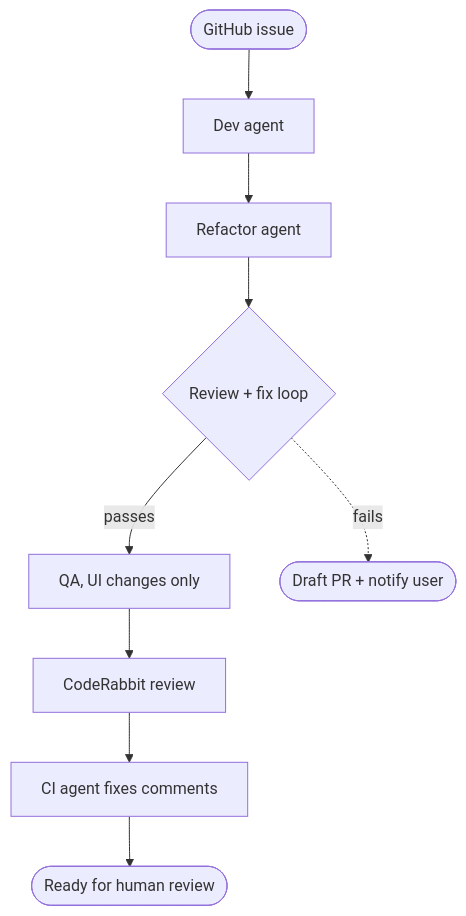
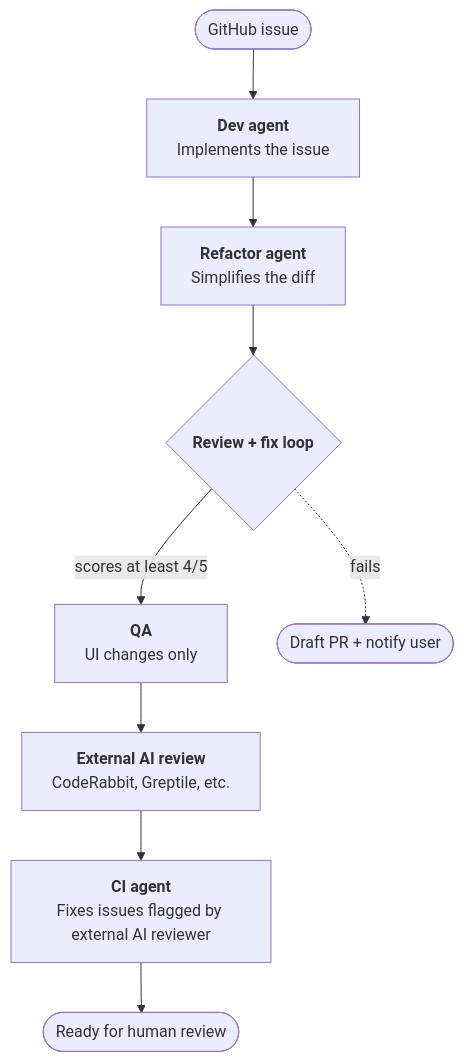
Before and after one commit to tyler-mcdonald/skills: the diagram in README.md, drawn with Mermaid.

Commit message:
Add step subtitles to Orchestrator flowchart

````diff
--- a/README.md
+++ b/README.md
@@ -11,11 +11,16 @@
 ```mermaid
 flowchart TD
-    A([GitHub issue]) --> B[Dev agent]
-    B --> C[Refactor agent]
-    C --> D{Review + fix loop}
-    D -->|passes| E[QA, UI changes only]
+    A([GitHub issue]) --> B["`**Dev agent**
+Implements the issue`"]
+    B --> C["`**Refactor agent**
+Simplifies the diff`"]
+    C --> D{"`**Review + fix loop**`"}
+    D -->|scores at least 4/5| E["`**QA**
+UI changes only`"]
     D -.->|fails| X([Draft PR + notify user])
-    E --> F[CodeRabbit review]
-    F --> G[CI agent fixes comments]
+    E --> F["`**External AI review**
+CodeRabbit, Greptile, etc.`"]
+    F --> G["`**CI agent**
+Fixes issues flagged by external AI reviewer`"]
     G --> H([Ready for human review])
 ```
````
